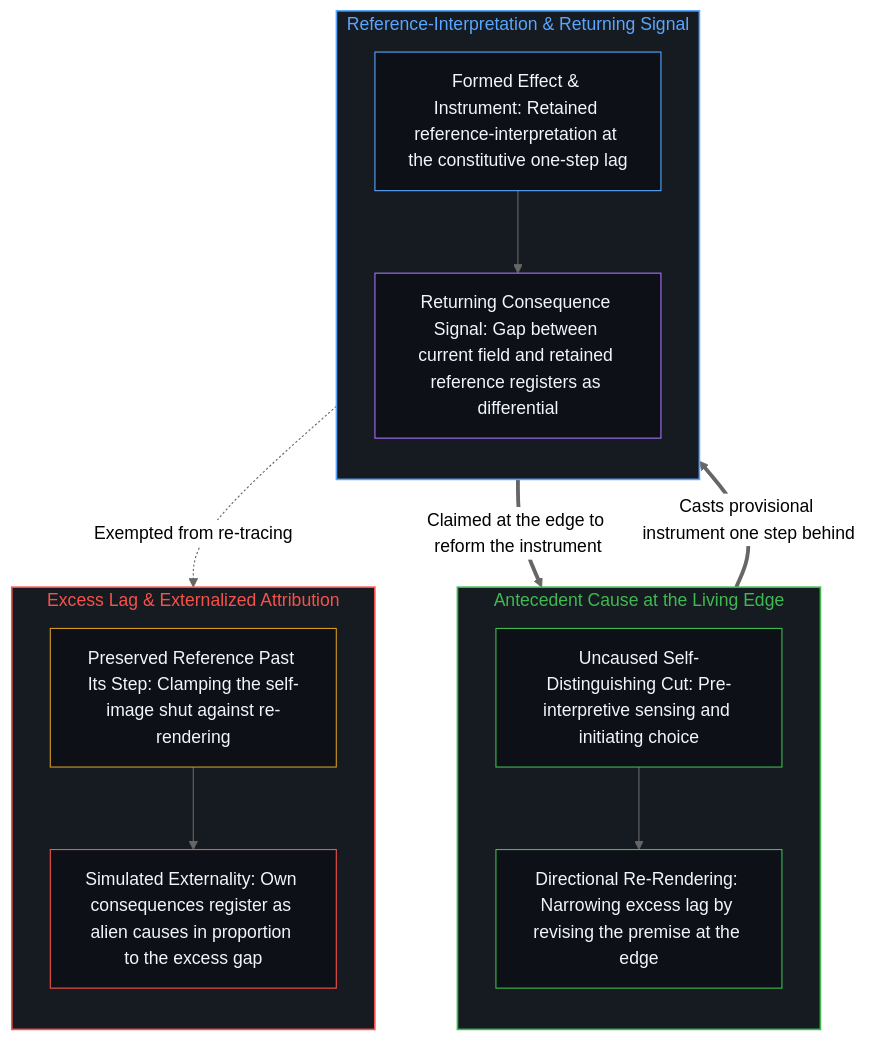
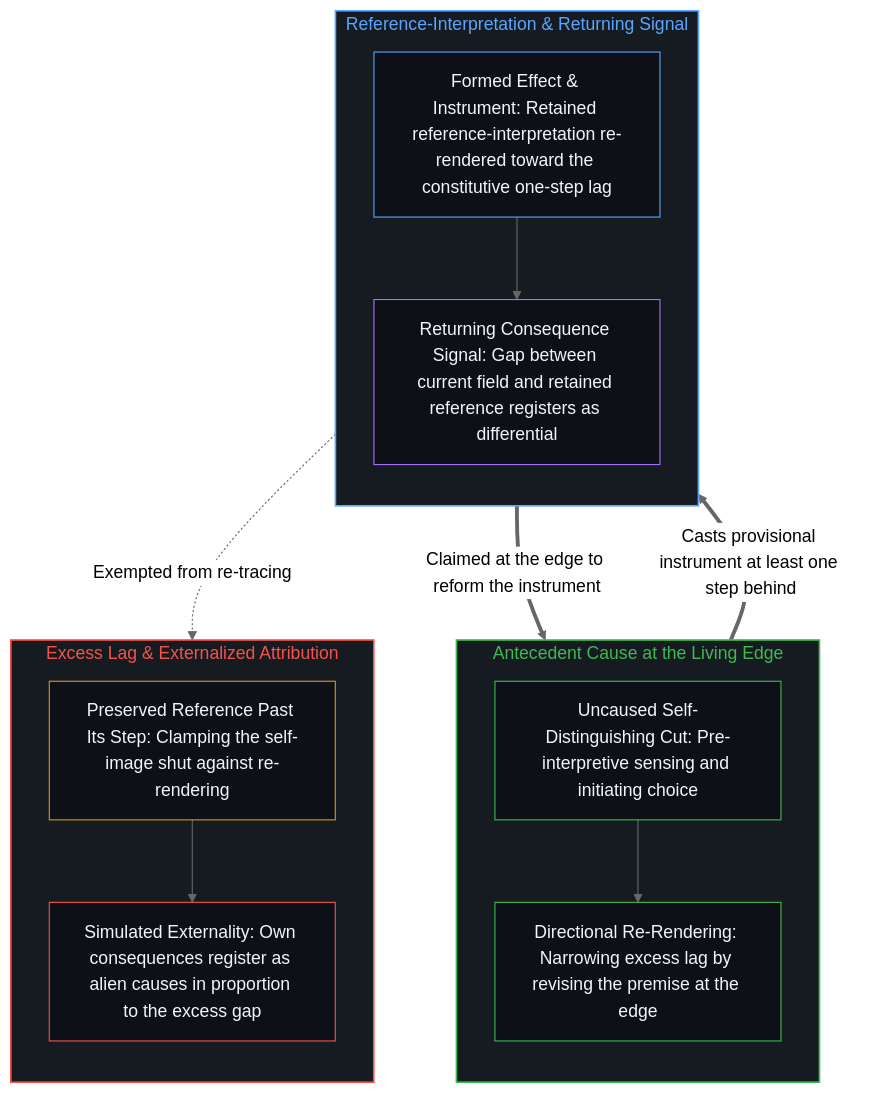
One commit to powerpig99/not-a-toe changed the second of 2 diagrams in content/posts/qian-yin-hou-guo.md. Above: the diagram before and after it, drawn with Mermaid (neutral theme). The commit also changed other lines of this file and 4 other files, not shown here.

````diff
--- a/content/posts/qian-yin-hou-guo.md
+++ b/content/posts/qian-yin-hou-guo.md
@@ -77,33 +77,33 @@
 ```mermaid
 flowchart TD
     subgraph S_Edge["Antecedent Cause at the Living Edge"]
         direction TB
         Act["Uncaused Self-Distinguishing Cut: Pre-interpretive sensing and initiating choice"]
         ReRender["Directional Re-Rendering: Narrowing excess lag by revising the premise at the edge"]
         Act --> ReRender
     end
     subgraph S_Inst["Reference-Interpretation & Returning Signal"]
         direction TB
-        Proj["Formed Effect & Instrument: Retained reference-interpretation at the constitutive one-step lag"]
+        Proj["Formed Effect & Instrument: Retained reference-interpretation re-rendered toward the constitutive one-step lag"]
         Return["Returning Consequence Signal: Gap between current field and retained reference registers as differential"]
         Proj --> Return
     end
     subgraph S_Lag["Excess Lag & Externalized Attribution"]
         direction TB
         Freeze["Preserved Reference Past Its Step: Clamping the self-image shut against re-rendering"]
         Alien["Simulated Externality: Own consequences register as alien causes in proportion to the excess gap"]
         Freeze --> Alien
     end
-    ReRender ==>|"Casts provisional instrument one step behind"| Proj
+    ReRender ==>|"Casts provisional instrument at least one step behind"| Proj
     Return ==>|"Claimed at the edge to reform the instrument"| ReRender
     Proj -.->|"Exempted from re-tracing"| Freeze
     style S_Edge fill:#161b22,stroke:#3fb950,stroke-width:1.5px,color:#3fb950
     style S_Inst fill:#161b22,stroke:#58a6ff,stroke-width:1.5px,color:#58a6ff
     style S_Lag fill:#161b22,stroke:#f85149,stroke-width:1.5px,color:#f85149
     style Act fill:#0d1117,stroke:#3fb950,stroke-width:1px,color:#f0f6fc
     style ReRender fill:#0d1117,stroke:#3fb950,stroke-width:1px,color:#f0f6fc
     style Proj fill:#0d1117,stroke:#58a6ff,stroke-width:1px,color:#f0f6fc
     style Return fill:#0d1117,stroke:#a371f7,stroke-width:1px,color:#f0f6fc
     style Freeze fill:#0d1117,stroke:#d29922,stroke-width:1px,color:#f0f6fc
     style Alien fill:#0d1117,stroke:#f85149,stroke-width:1px,color:#f0f6fc
 ```
````
